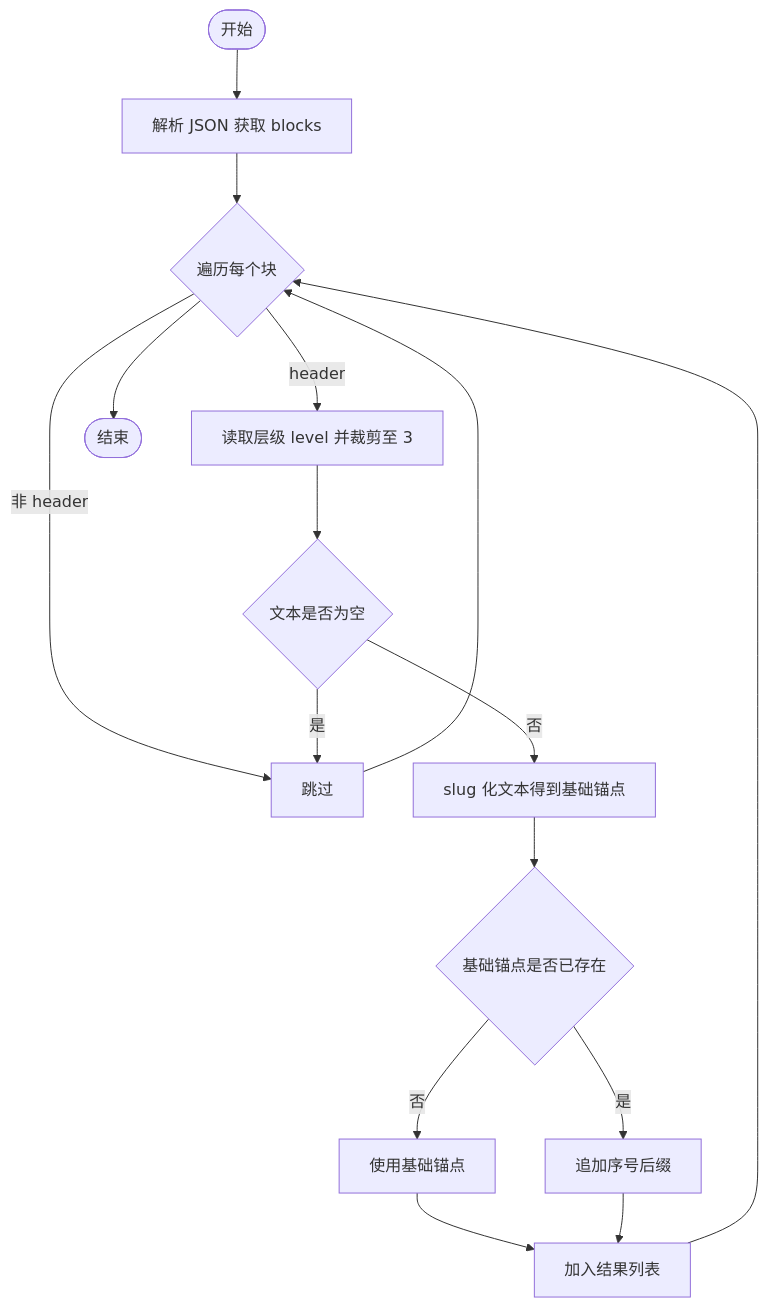
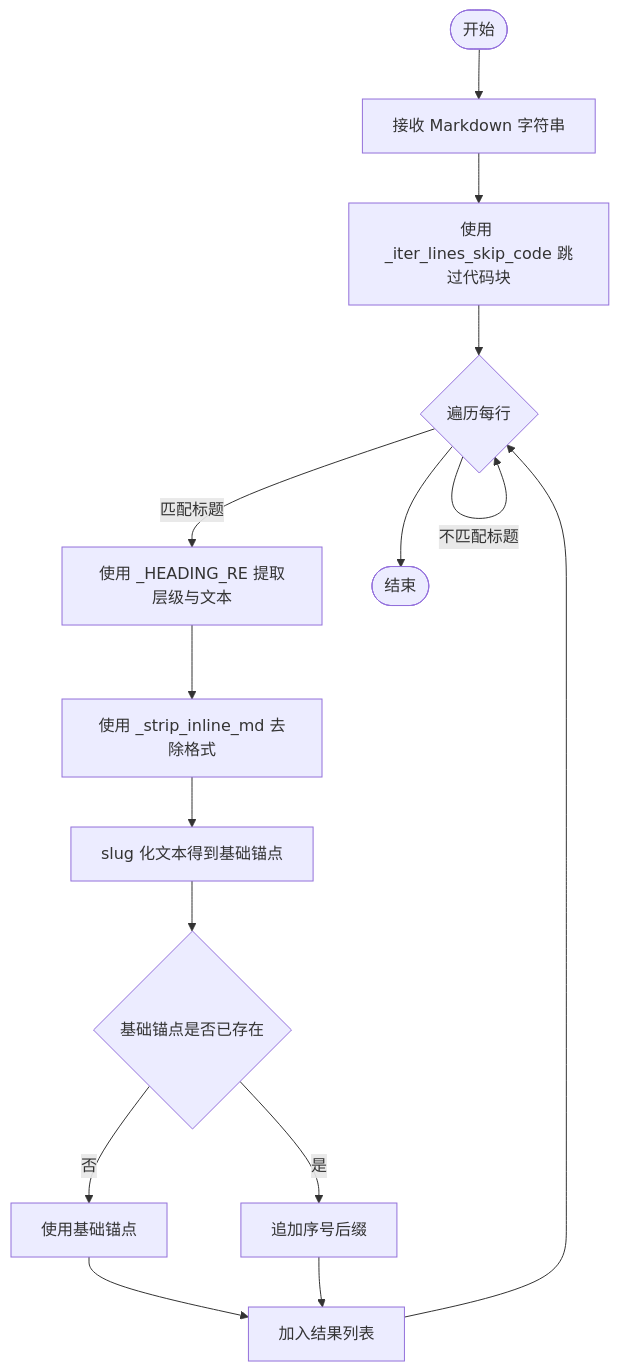
One commit to beyondalbert/my_wiki changed the fifth of 9 diagrams in .qoder/repowiki/zh/content/核心模块/文档管理系统/内容处理工具.md. Above: the diagram before and after it, drawn with Mermaid. The commit also changed other lines of this file and 9 other files, not shown here.

````diff
--- a/.qoder/repowiki/zh/content/核心模块/文档管理系统/内容处理工具.md
+++ b/.qoder/repowiki/zh/content/核心模块/文档管理系统/内容处理工具.md
@@ -176,18 +231,17 @@
 ```mermaid
 flowchart TD
-S(["开始"]) --> Parse["解析 JSON 获取 blocks"]
-Parse --> Loop{"遍历每个块"}
-Loop --> |非 header| Skip["跳过"]
-Loop --> |header| Level["读取层级 level 并裁剪至 3"]
-Level --> Empty{"文本是否为空"}
-Empty --> |是| Skip
-Empty --> |否| Slug["slug 化文本得到基础锚点"]
+S(["开始"]) --> Input["接收 Markdown 字符串"]
+Input --> SkipCode["使用 _iter_lines_skip_code 跳过代码块"]
+SkipCode --> Loop{"遍历每行"}
+Loop --> |匹配标题| Extract["使用 _HEADING_RE 提取层级与文本"]
+Extract --> Strip["使用 _strip_inline_md 去除格式"]
+Strip --> Slug["slug 化文本得到基础锚点"]
 Slug --> Dup{"基础锚点是否已存在"}
 Dup --> |否| UseBase["使用基础锚点"]
 Dup --> |是| AppendNum["追加序号后缀"]
 UseBase --> Add["加入结果列表"]
 AppendNum --> Add
 Add --> Loop
-Skip --> Loop
+Loop --> |不匹配标题| Loop
 Loop --> E(["结束"])
 ```
````
